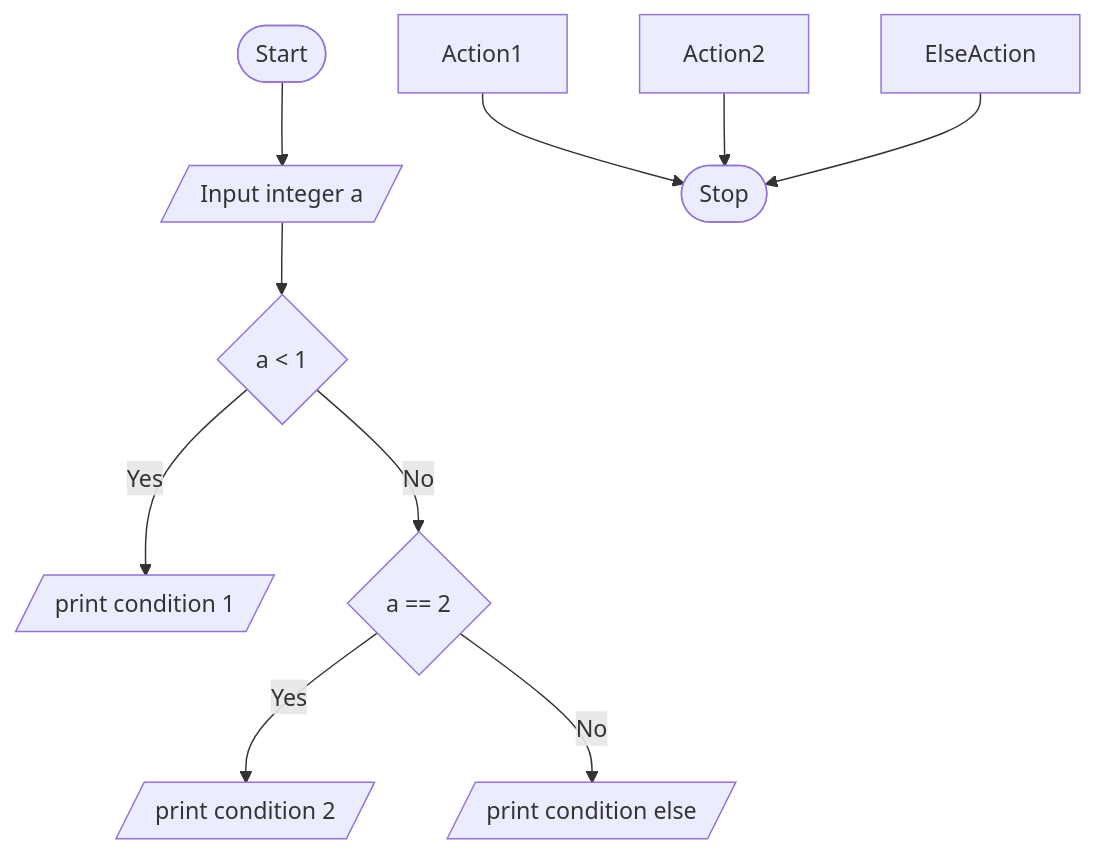
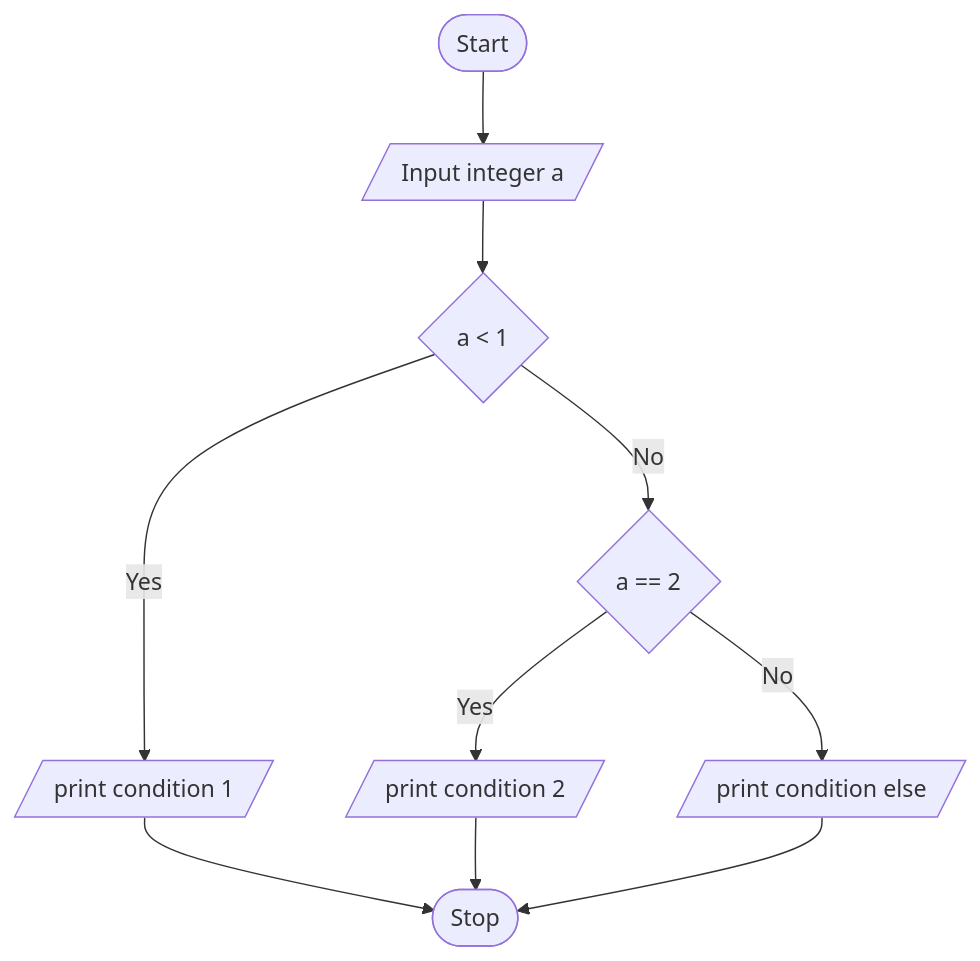
Before and after one commit to davrot/pytutorial: the fifth of 5 diagrams in flow/examples/README.md, drawn with Mermaid.

```diff
--- a/flow/examples/README.md
+++ b/flow/examples/README.md
@@ -101,11 +101,11 @@
   <pre class="mermaid">
     flowchart TD
     start([Start]) --> inputa[/"Input integer a"/] --> Condition1{"a < 1"}
-    Condition1 -- Yes --> print1[/"print condition 1"/]
+    Condition1 -- Yes --> Action1[/"print condition 1"/]
     Condition1 -- No --> Condition2{"a == 2"}
-    Condition2 -- Yes --> print2[/"print condition 2"/]
-    Condition2 -- No --> print3[/"print condition else"/]
+    Condition2 -- Yes --> Action2[/"print condition 2"/]
+    Condition2 -- No --> ElseAction[/"print condition else"/]
     Action1 --> stop([Stop])
     Action2 --> stop
     ElseAction --> stop
   </pre>
```
